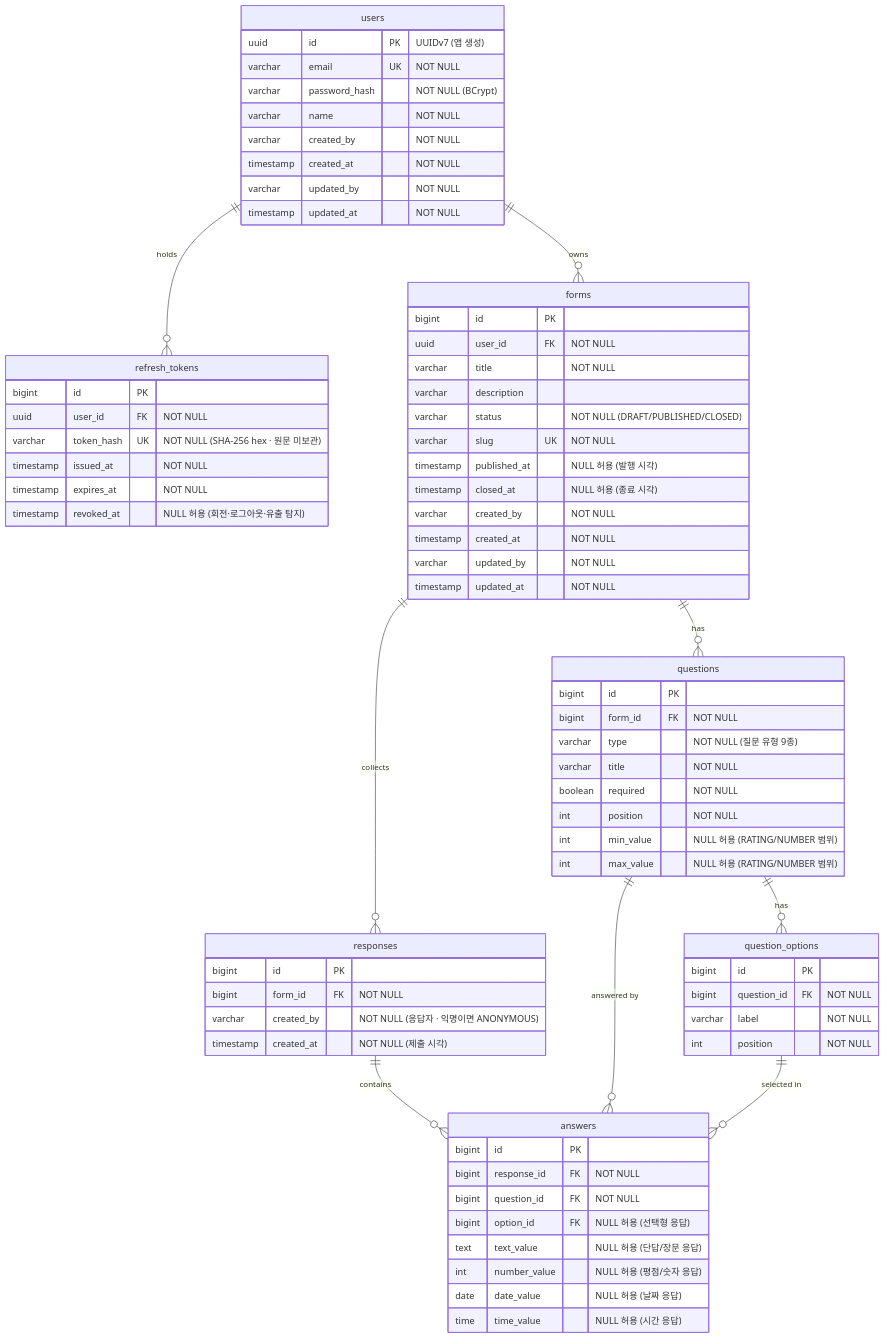
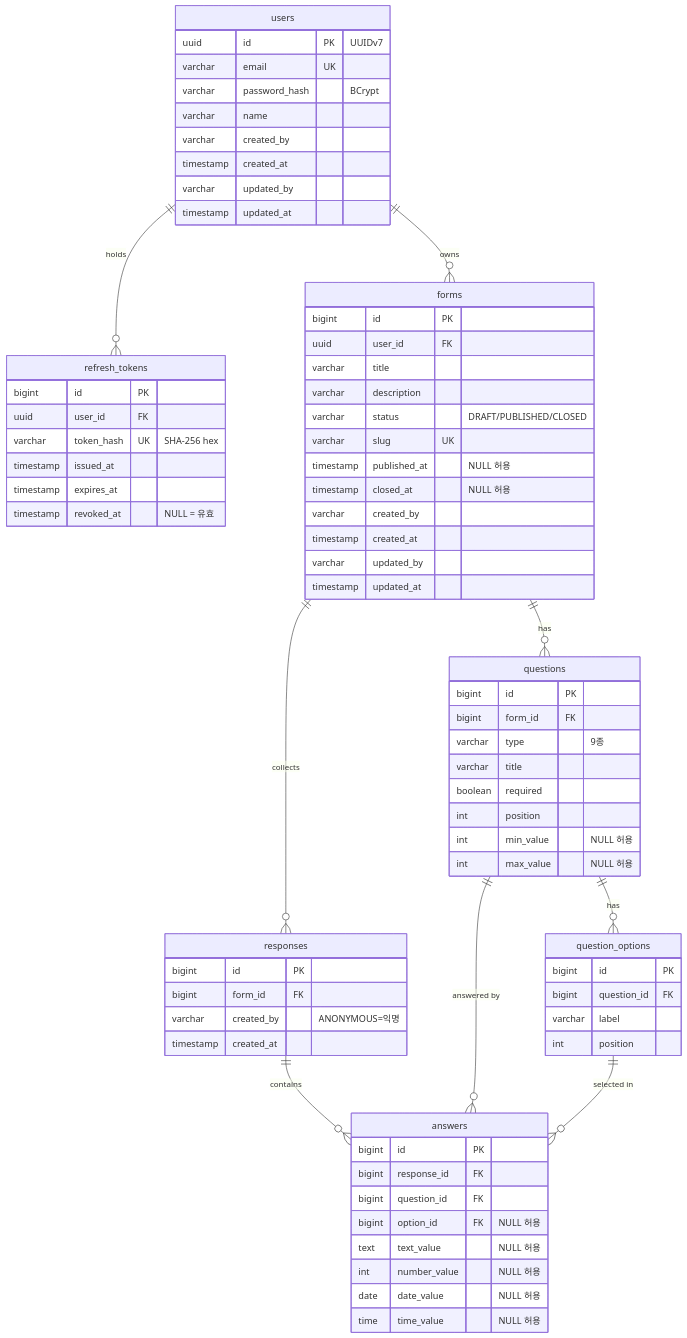
Before and after one commit to SJ-Kye/open-froms: the diagram in docs/04-db-design.md, drawn with Mermaid. The commit also changed other lines of this file and 6 other files, not shown here.

````diff
--- a/docs/04-db-design.md
+++ b/docs/04-db-design.md
@@ -5,76 +5,76 @@
 ```mermaid
 erDiagram
     users ||--o{ refresh_tokens : "holds"
     users ||--o{ forms : "owns"
     forms ||--o{ questions : "has"
     questions ||--o{ question_options : "has"
     forms ||--o{ responses : "collects"
     responses ||--o{ answers : "contains"
     questions ||--o{ answers : "answered by"
     question_options ||--o{ answers : "selected in"
 
     users {
-        uuid id PK "UUIDv7 (앱 생성)"
-        varchar email UK "NOT NULL"
-        varchar password_hash "NOT NULL (BCrypt)"
-        varchar name "NOT NULL"
-        varchar created_by "NOT NULL"
-        timestamp created_at "NOT NULL"
-        varchar updated_by "NOT NULL"
-        timestamp updated_at "NOT NULL"
+        uuid id PK "UUIDv7"
+        varchar email UK
+        varchar password_hash "BCrypt"
+        varchar name
+        varchar created_by
+        timestamp created_at
+        varchar updated_by
+        timestamp updated_at
     }
     refresh_tokens {
         bigint id PK
-        uuid user_id FK "NOT NULL"
-        varchar token_hash UK "NOT NULL (SHA-256 hex · 원문 미보관)"
-        timestamp issued_at "NOT NULL"
-        timestamp expires_at "NOT NULL"
-        timestamp revoked_at "NULL 허용 (회전·로그아웃·유출 탐지)"
+        uuid user_id FK
+        varchar token_hash UK "SHA-256 hex"
+        timestamp issued_at
+        timestamp expires_at
+        timestamp revoked_at "NULL = 유효"
     }
     forms {
         bigint id PK
-        uuid user_id FK "NOT NULL"
-        varchar title "NOT NULL"
+        uuid user_id FK
+        varchar title
         varchar description
-        varchar status "NOT NULL (DRAFT/PUBLISHED/CLOSED)"
-        varchar slug UK "NOT NULL"
-        timestamp published_at "NULL 허용 (발행 시각)"
-        timestamp closed_at "NULL 허용 (종료 시각)"
-        varchar created_by "NOT NULL"
-        timestamp created_at "NOT NULL"
-        varchar updated_by "NOT NULL"
-        timestamp updated_at "NOT NULL"
+        varchar status "DRAFT/PUBLISHED/CLOSED"
+        varchar slug UK
+        timestamp published_at "NULL 허용"
+        timestamp closed_at "NULL 허용"
+        varchar created_by
+        timestamp created_at
+        varchar updated_by
+        timestamp updated_at
     }
     questions {
         bigint id PK
-        bigint form_id FK "NOT NULL"
-        varchar type "NOT NULL (질문 유형 9종)"
-        varchar title "NOT NULL"
-        boolean required "NOT NULL"
-        int position "NOT NULL"
-        int min_value "NULL 허용 (RATING/NUMBER 범위)"
-        int max_value "NULL 허용 (RATING/NUMBER 범위)"
+        bigint form_id FK
+        varchar type "9종"
+        varchar title
+        boolean required
+        int position
+        int min_value "NULL 허용"
+        int max_value "NULL 허용"
     }
     question_options {
         bigint id PK
-        bigint question_id FK "NOT NULL"
-        varchar label "NOT NULL"
-        int position "NOT NULL"
+        bigint question_id FK
+        varchar label
+        int position
     }
     responses {
         bigint id PK
-        bigint form_id FK "NOT NULL"
-        varchar created_by "NOT NULL (응답자 · 익명이면 ANONYMOUS)"
-        timestamp created_at "NOT NULL (제출 시각)"
+        bigint form_id FK
+        varchar created_by "ANONYMOUS=익명"
+        timestamp created_at
     }
     answers {
         bigint id PK
-        bigint response_id FK "NOT NULL"
-        bigint question_id FK "NOT NULL"
-        bigint option_id FK "NULL 허용 (선택형 응답)"
-        text text_value "NULL 허용 (단답/장문 응답)"
-        int number_value "NULL 허용 (평점/숫자 응답)"
-        date date_value "NULL 허용 (날짜 응답)"
-        time time_value "NULL 허용 (시간 응답)"
+        bigint response_id FK
+        bigint question_id FK
+        bigint option_id FK "NULL 허용"
+        text text_value "NULL 허용"
+        int number_value "NULL 허용"
+        date date_value "NULL 허용"
+        time time_value "NULL 허용"
     }
 ```
````
